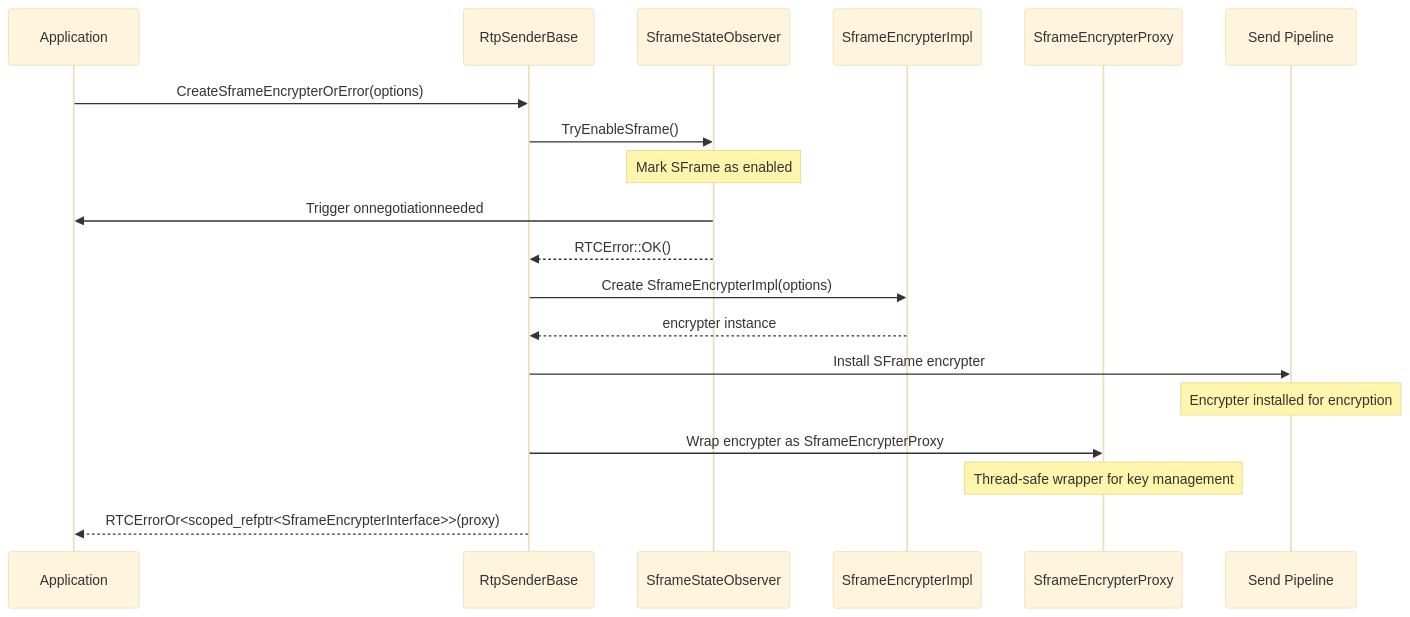
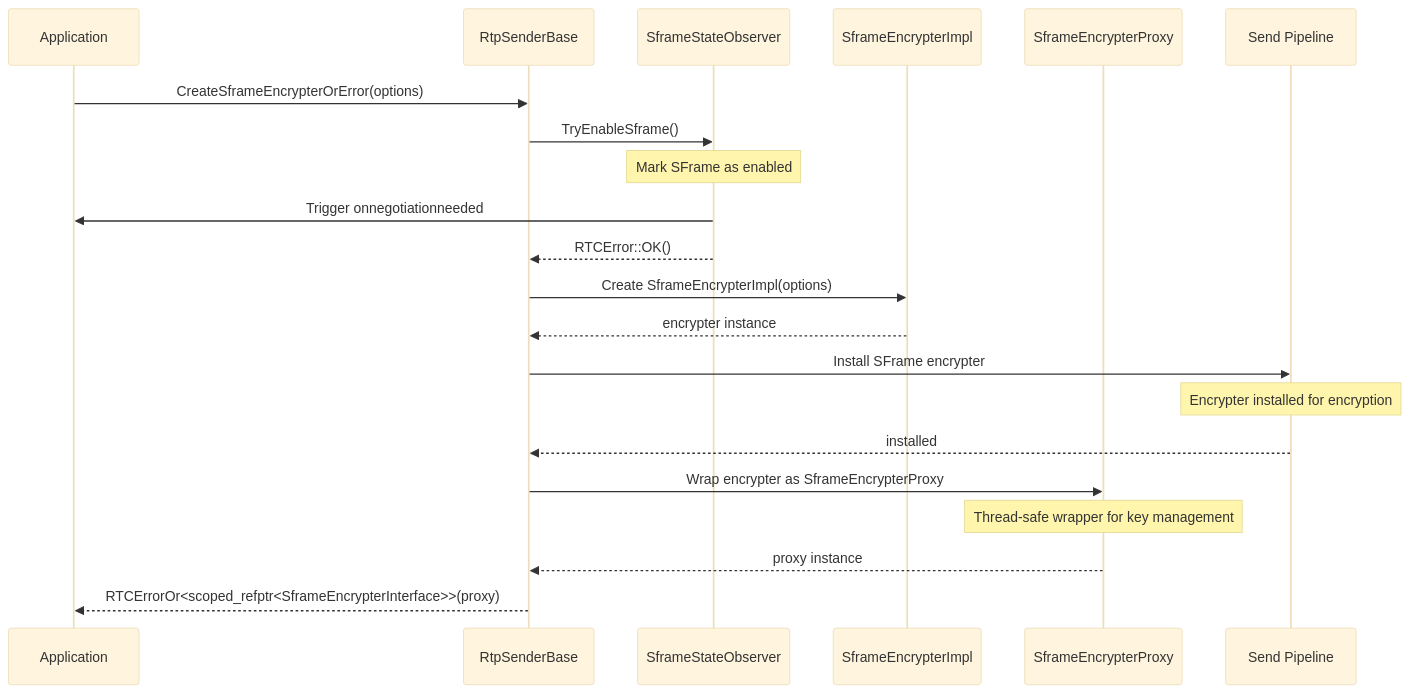
Before and after one commit to webex/webrtc-sframe: the eighth of 13 diagrams in README.md, drawn with Mermaid (base theme). The commit also changed other lines of this file and 1 other file, not shown here.

Commit message:
updated return arrows

````diff
--- a/README.md
+++ b/README.md
@@ -272,27 +272,29 @@
 ```mermaid
 sequenceDiagram
     participant App as Application
     participant Sender as RtpSenderBase
     participant Observer as SframeStateObserver
     participant Encrypter as SframeEncrypterImpl
     participant Proxy as SframeEncrypterProxy
     participant Pipeline as Send Pipeline
 
     App->>Sender: CreateSframeEncrypterOrError(options)
 
     Sender->>Observer: TryEnableSframe()
     Note over Observer: Mark SFrame as enabled
     Observer->>App: Trigger onnegotiationneeded
     Observer-->>Sender: RTCError::OK()
 
     Sender->>Encrypter: Create SframeEncrypterImpl(options)
     Encrypter-->>Sender: encrypter instance
 
     Sender->>Pipeline: Install SFrame encrypter
     Note over Pipeline: Encrypter installed for encryption
+    Pipeline-->>Sender: installed
 
     Sender->>Proxy: Wrap encrypter as SframeEncrypterProxy
     Note over Proxy: Thread-safe wrapper for key management
+    Proxy-->>Sender: proxy instance
 
     Sender-->>App: RTCErrorOr<scoped_refptr<SframeEncrypterInterface>>(proxy)
 ```
````
